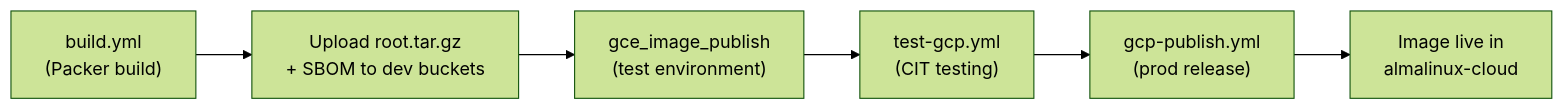
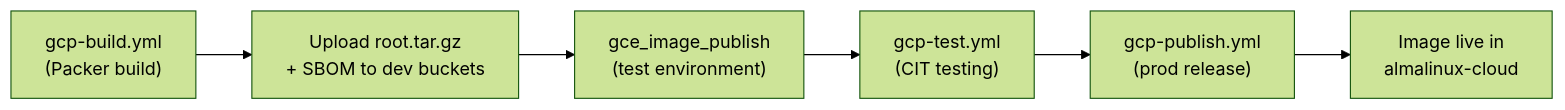
One commit to AlmaLinux/cloud-images changed the third of 3 diagrams in GCP_IMAGE_TEST_PUBLISH.md. Above: the diagram before and after it, drawn with Mermaid (forest theme). The commit also changed other lines of this file and 7 other files, not shown here.

````diff
--- a/GCP_IMAGE_TEST_PUBLISH.md
+++ b/GCP_IMAGE_TEST_PUBLISH.md
@@ -285,8 +286,8 @@
 ```mermaid
 flowchart LR
-    A["build.yml<br/>(Packer build)"] --> B["Upload root.tar.gz<br/>+ SBOM to dev buckets"]
+    A["gcp-build.yml<br/>(Packer build)"] --> B["Upload root.tar.gz<br/>+ SBOM to dev buckets"]
     B --> C["gce_image_publish<br/>(test environment)"]
-    C --> D["test-gcp.yml<br/>(CIT testing)"]
+    C --> D["gcp-test.yml<br/>(CIT testing)"]
     D --> E["gcp-publish.yml<br/>(prod release)"]
     E --> F["Image live in<br/>almalinux-cloud"]
 ```
````
